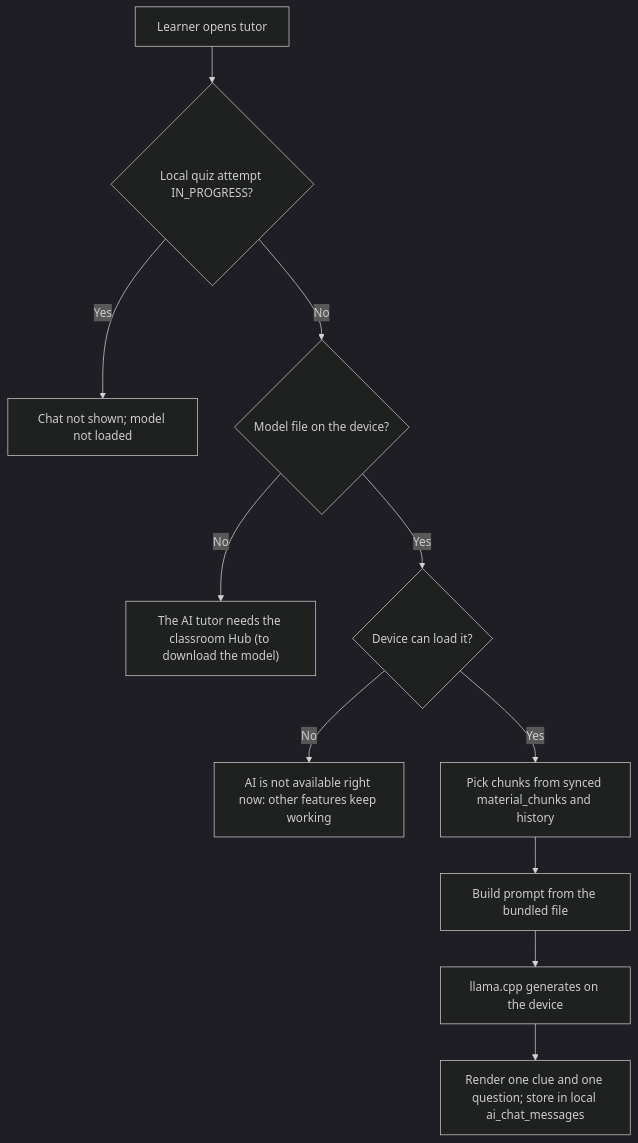
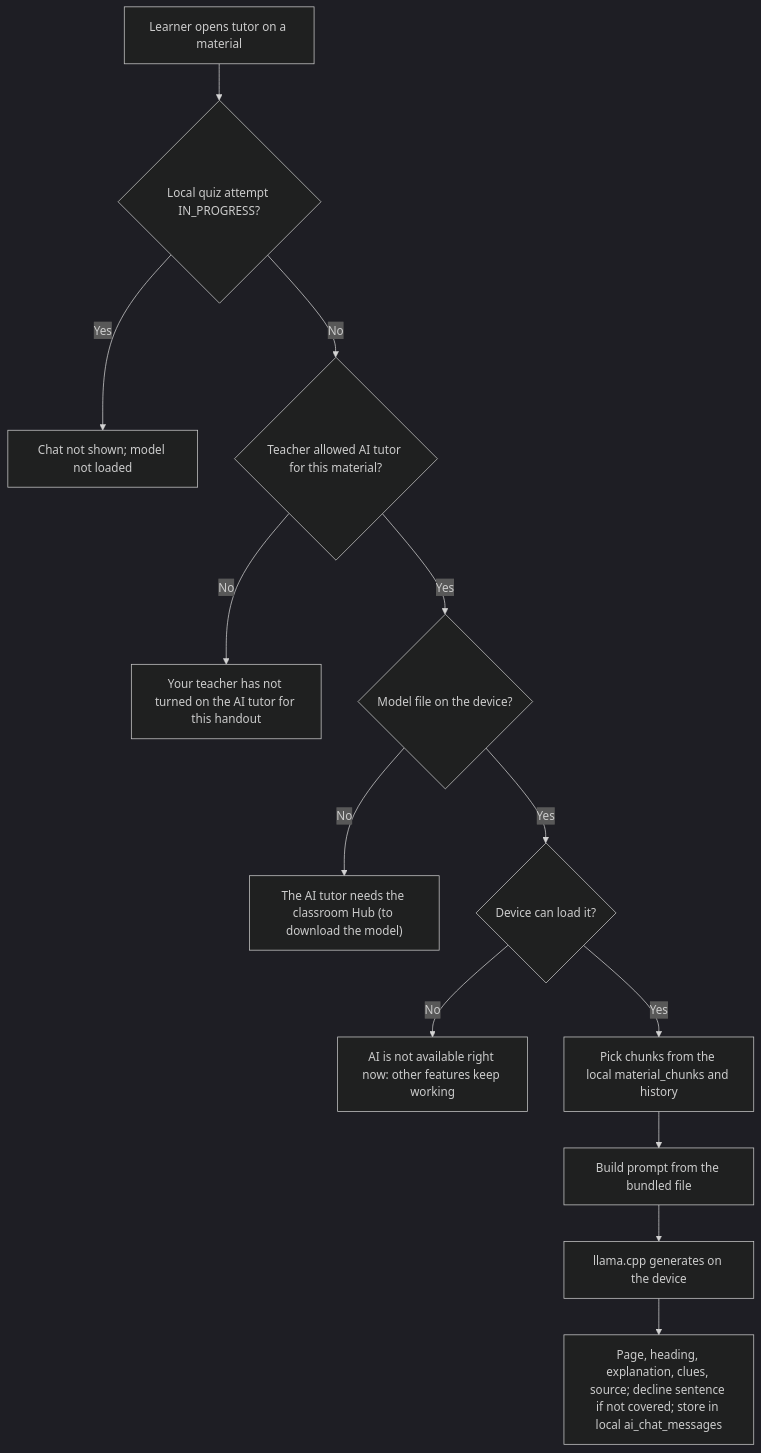
Before and after one commit to BootlegYouki/L.A.R.A: the third of 5 diagrams in docs/PRD.md, drawn with Mermaid (dark theme). The commit also changed other lines of this file and 22 other files, not shown here.

First line of the commit message:
contract: devices parse documents, guided grounded tutor, teacher switch

````diff
--- a/docs/PRD.md
+++ b/docs/PRD.md
@@ -254,13 +258,15 @@
 ```mermaid
 flowchart TD
- Start["Learner opens tutor"] --> Quiz{"Local quiz attempt IN_PROGRESS?"}
+ Start["Learner opens tutor on a material"] --> Quiz{"Local quiz attempt IN_PROGRESS?"}
  Quiz -->|Yes| Locked["Chat not shown; model not loaded"]
- Quiz -->|No| Model{"Model file on the device?"}
+ Quiz -->|No| Allowed{"Teacher allowed AI tutor for this material?"}
+ Allowed -->|No| NotAllowed["Your teacher has not turned on the AI tutor for this handout"]
+ Allowed -->|Yes| Model{"Model file on the device?"}
  Model -->|No| Need["The AI tutor needs the classroom Hub (to download the model)"]
  Model -->|Yes| Fits{"Device can load it?"}
  Fits -->|No| Unavailable["AI is not available right now: other features keep working"]
- Fits -->|Yes| Retrieve["Pick chunks from synced material_chunks and history"]
+ Fits -->|Yes| Retrieve["Pick chunks from the local material_chunks and history"]
  Retrieve --> Prompt["Build prompt from the bundled file"]
  Prompt --> Infer["llama.cpp generates on the device"]
- Infer --> Reply["Render one clue and one question; store in local ai_chat_messages"]
+ Infer --> Reply["Page, heading, explanation, clues, source; decline sentence if not covered; store in local ai_chat_messages"]
 ```
````
